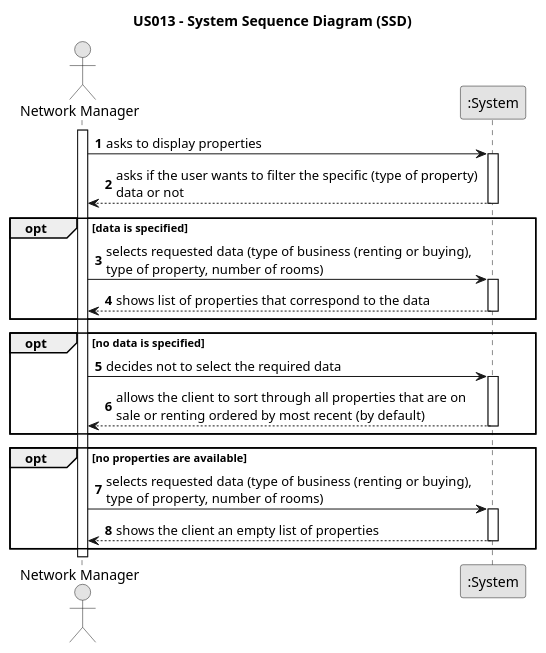
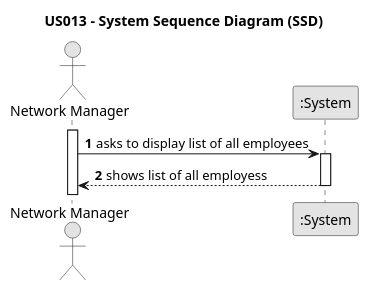
Before and after one commit to 1220812/LAPR2: the diagram in docs/sprintC/us013/01.requirements-engineering/puml/us013-system-sequence-diagram.puml, drawn with PlantUML. The commit also changed 7 other files, not shown here.

Commit message:
Made the system sequence diagram and domain model from us013. Created puml for sd, ssd, cd and domain model for us013. Deleted a domain model from us001 that was in us013.

```diff
--- a/docs/sprintC/us013/01.requirements-engineering/puml/us013-system-sequence-diagram.puml
+++ b/docs/sprintC/us013/01.requirements-engineering/puml/us013-system-sequence-diagram.puml
@@ -1,49 +1,22 @@
 @startuml
 skinparam monochrome true
 skinparam packageStyle rectangle
 skinparam shadowing false
 
 title US013 - System Sequence Diagram (SSD)
 
 autonumber
 
 actor "Network Manager" as NM
 participant ":System" as System
 
 activate NM
 
-    NM -> System : asks to display properties
+    NM -> System : asks to display list of all employees
 
     activate System
 
-        System --> NM : asks if the user wants to filter the specific (type of property) \ndata or not
+        System --> NM : shows list of all employess
     deactivate System
 
-opt data is specified
-    NM -> System : selects requested data (type of business (renting or buying), \ntype of property, number of rooms)
-
-    activate System
-
-        System --> NM : shows list of properties that correspond to the data
-    deactivate System
-end
-
-opt no data is specified
-    NM -> System : decides not to select the required data
-
-    activate System
-
-            System --> NM : allows the client to sort through all properties that are on \nsale or renting ordered by most recent (by default)
-    deactivate System
-end
-
-opt no properties are available
-    NM -> System : selects requested data (type of business (renting or buying), \ntype of property, number of rooms)
-
-    activate System
-
-            System --> NM : shows the client an empty list of properties
-    deactivate System
-end
-
 @enduml
```
